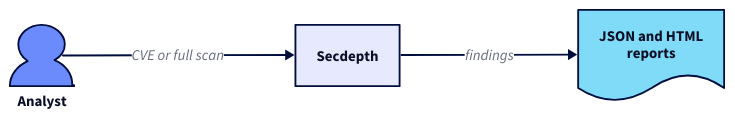
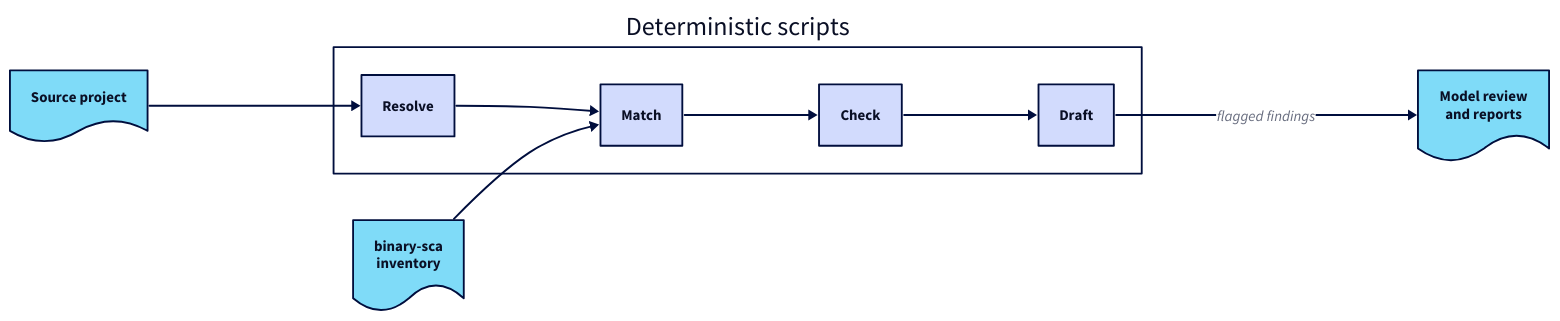
Before and after one commit to kobaltoxid/secdepth: the diagram in docs/diagrams/secdepth-flow.d2, drawn with D2. The commit also changed 3 other files, not shown here.

First line of the commit message:
docs: redraw the flow as the deterministic pipeline

```diff
--- a/docs/diagrams/secdepth-flow.d2
+++ b/docs/diagrams/secdepth-flow.d2
@@ -1,21 +1,43 @@
 direction: right
 
 vars: {
   d2-config: {
     theme-id: 3
     dark-theme-id: 200
   }
 }
 
-analyst: Analyst {
-  shape: person
+classes: {
+  boundary: {
+    style: {
+      fill: transparent
+    }
+  }
 }
 
-secdepth: Secdepth
-
-reports: "JSON and HTML\nreports" {
+project: Source project {
   shape: document
 }
 
-analyst -> secdepth: CVE or full scan
-secdepth -> reports: findings
+artifact: "binary-sca\ninventory" {
+  shape: document
+}
+
+scripts: "Deterministic scripts" {
+  class: boundary
+  resolve: Resolve
+  match: Match
+  check: Check
+  draft: Draft
+  resolve -> match
+  match -> check
+  check -> draft
+}
+
+reports: "Model review\nand reports" {
+  shape: document
+}
+
+project -> scripts.resolve
+artifact -> scripts.match
+scripts.draft -> reports: flagged findings
```
